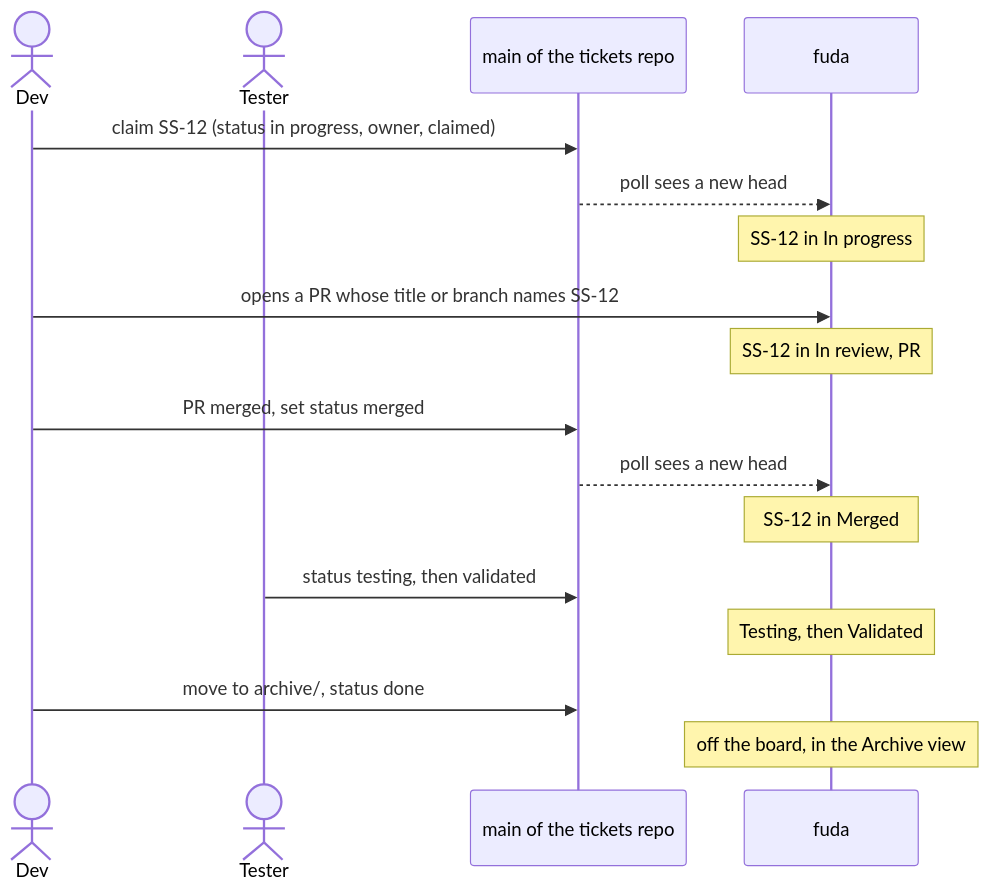
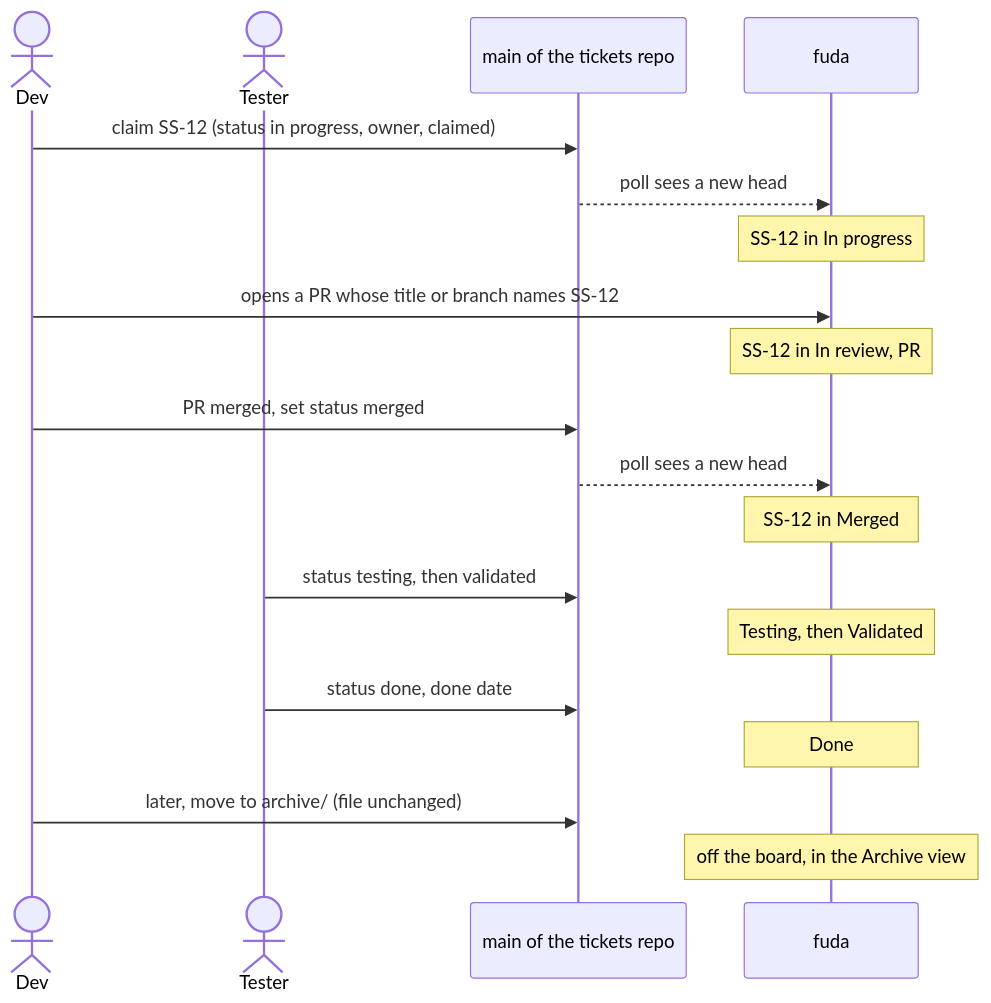
Before and after one commit to milos-sikic-nimbus-tech/fuda: the fifth of 6 diagrams in docs/architecture.md, drawn with Mermaid. The commit also changed other lines of this file and 20 other files, not shown here.

First line of the commit message:
Archive is a place, not a status: done is valid on the board

````diff
--- a/docs/architecture.md
+++ b/docs/architecture.md
@@ -256,19 +256,21 @@
 ```mermaid
 sequenceDiagram
   actor Dev
   actor Tester
   participant Main as main of the tickets repo
   participant Fuda as fuda
   Dev->>Main: claim SS-12 (status in progress, owner, claimed)
   Main-->>Fuda: poll sees a new head
   Note over Fuda: SS-12 in In progress
   Dev->>Fuda: opens a PR whose title or branch names SS-12
   Note over Fuda: SS-12 in In review, PR #n
   Dev->>Main: PR merged, set status merged
   Main-->>Fuda: poll sees a new head
   Note over Fuda: SS-12 in Merged
   Tester->>Main: status testing, then validated
   Note over Fuda: Testing, then Validated
-  Dev->>Main: move to archive/, status done
+  Tester->>Main: status done, done date
+  Note over Fuda: Done
+  Dev->>Main: later, move to archive/ (file unchanged)
   Note over Fuda: off the board, in the Archive view
 ```
````
